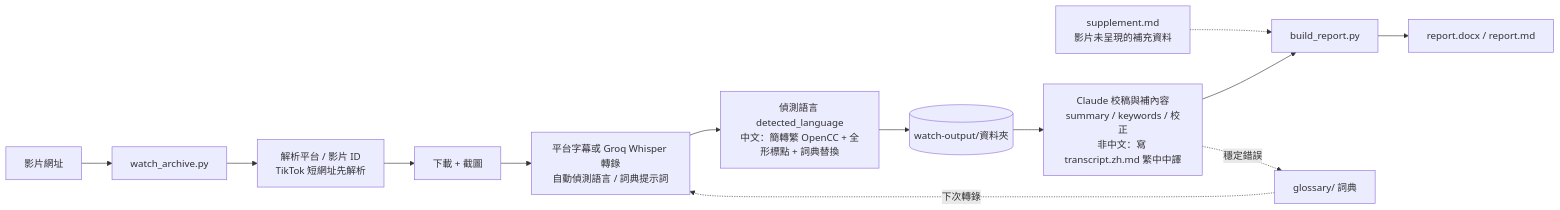
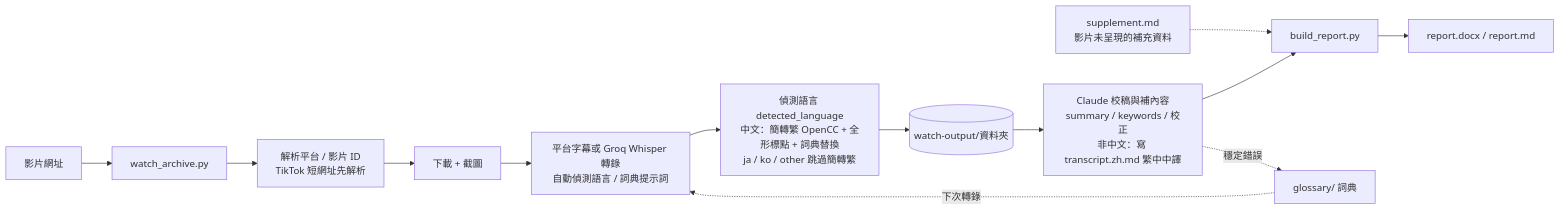
The diagram in README.md (smlht2005/watch-video), drawn with Mermaid before and after one commit. The commit also changed other lines of this file and 5 other files, not shown here.

First line of the commit message:
Round-3 review fixes: hiragana-based ja rule, keep fence markers, needs_zh only for en/ja/ko, skip OpenCC for ja/ko/other incl. title/uploader; document limits and risks in README and CLAUDE.md

````diff
--- a/README.md
+++ b/README.md
@@ -33,15 +33,15 @@
 ```mermaid
 flowchart LR
     A[影片網址] --> B[watch_archive.py]
     B --> B1[解析平台 / 影片 ID<br/>TikTok 短網址先解析]
     B1 --> B2[下載 + 截圖]
     B2 --> B3[平台字幕或 Groq Whisper 轉錄<br/>自動偵測語言 / 詞典提示詞]
-    B3 --> B4[偵測語言 detected_language<br/>中文：簡轉繁 OpenCC + 全形標點 + 詞典替換]
+    B3 --> B4[偵測語言 detected_language<br/>中文：簡轉繁 OpenCC + 全形標點 + 詞典替換<br/>ja / ko / other 跳過簡轉繁]
     B4 --> C[(watch-output/資料夾)]
     C --> D[Claude 校稿與補內容<br/>summary / keywords / 校正<br/>非中文：寫 transcript.zh.md 繁中中譯]
     S[supplement.md<br/>影片未呈現的補充資料] -.-> E
     D --> E[build_report.py]
     E --> F[report.docx / report.md]
     D -. 穩定錯誤 .-> G[glossary/ 詞典]
     G -. 下次轉錄 .-> B3
 ```
````
